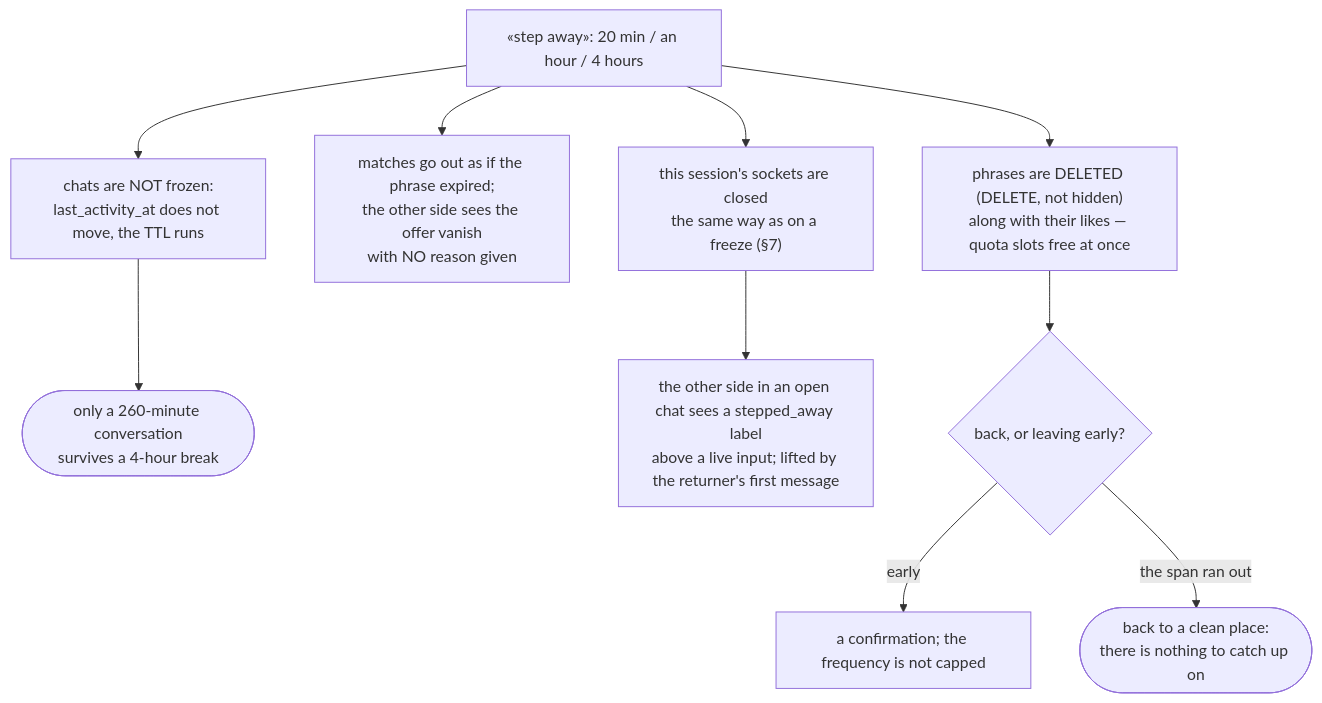
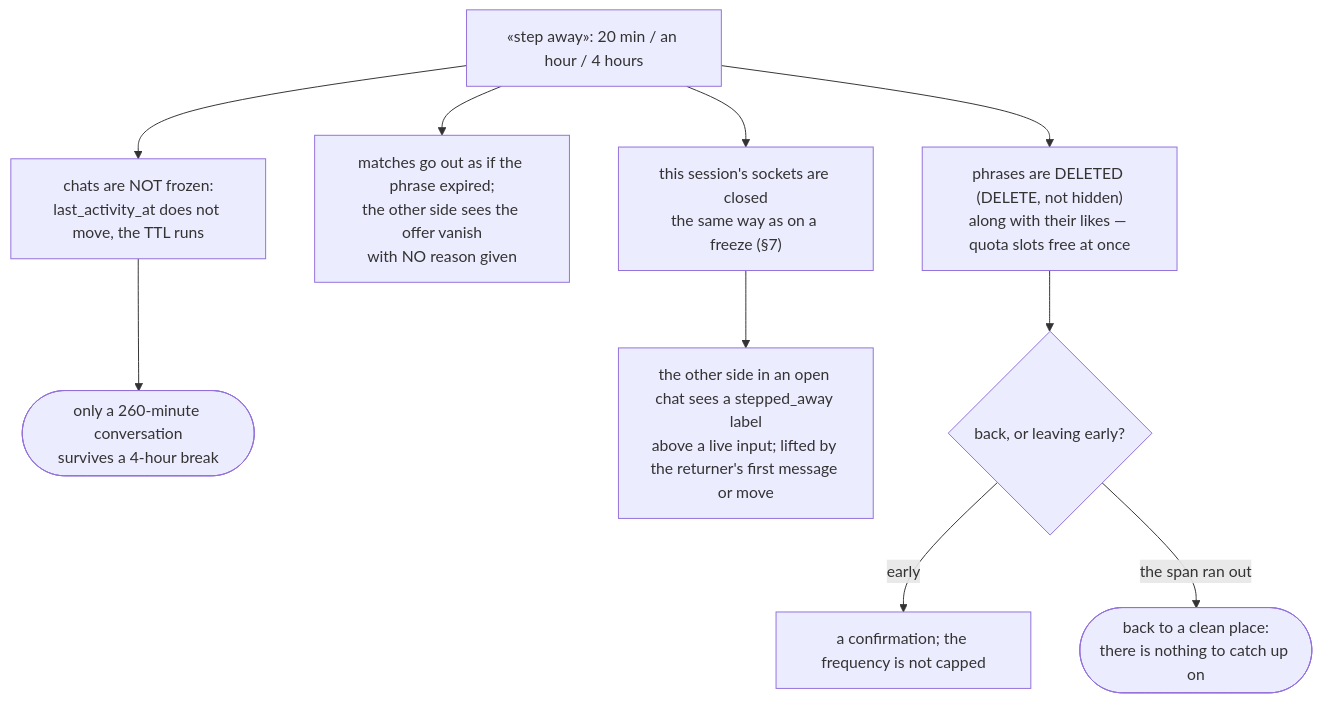
Diagram 30 of 30 in docs/chat-flows_EN.md (panov-id/xor.ad), drawn with Mermaid before and after one commit. The commit also changed other lines of this file and 15 other files, not shown here.

First line of the commit message:
Hold table sends only while own items are in checking, make the verdict one transaction, write the send-time SQL and author indexes, count a silent span from the chat's creation everywhere, tighten the offer complaint wording, lift the away label by message or move, and add the missing tests

````diff
--- a/docs/chat-flows_EN.md
+++ b/docs/chat-flows_EN.md
@@ -988,12 +988,12 @@
 ```mermaid
 flowchart TD
   away["«step away»: 20 min / an hour / 4 hours"] --> del["phrases are DELETED #40;DELETE, not hidden#41;<br/>along with their likes — quota slots free at once"]
   away --> match["matches go out as if the phrase expired;<br/>the other side sees the offer vanish<br/>with NO reason given"]
   away --> sock["this session's sockets are closed<br/>the same way as on a freeze #40;§7#41;"]
   away --> chats["chats are NOT frozen:<br/>last_activity_at does not move, the TTL runs"]
   chats --> price(["only a 260-minute conversation<br/>survives a 4-hour break"])
-  sock --> peer["the other side in an open chat sees a stepped_away label<br/>above a live input; lifted by the returner's first message"]
+  sock --> peer["the other side in an open chat sees a stepped_away label<br/>above a live input; lifted by the returner's first message or move"]
   del --> back{"back, or leaving early?"}
   back -- "early" --> confirm["a confirmation; the frequency is not capped"]
   back -- "the span ran out" --> clean(["back to a clean place:<br/>there is nothing to catch up on"])
 ```
````
